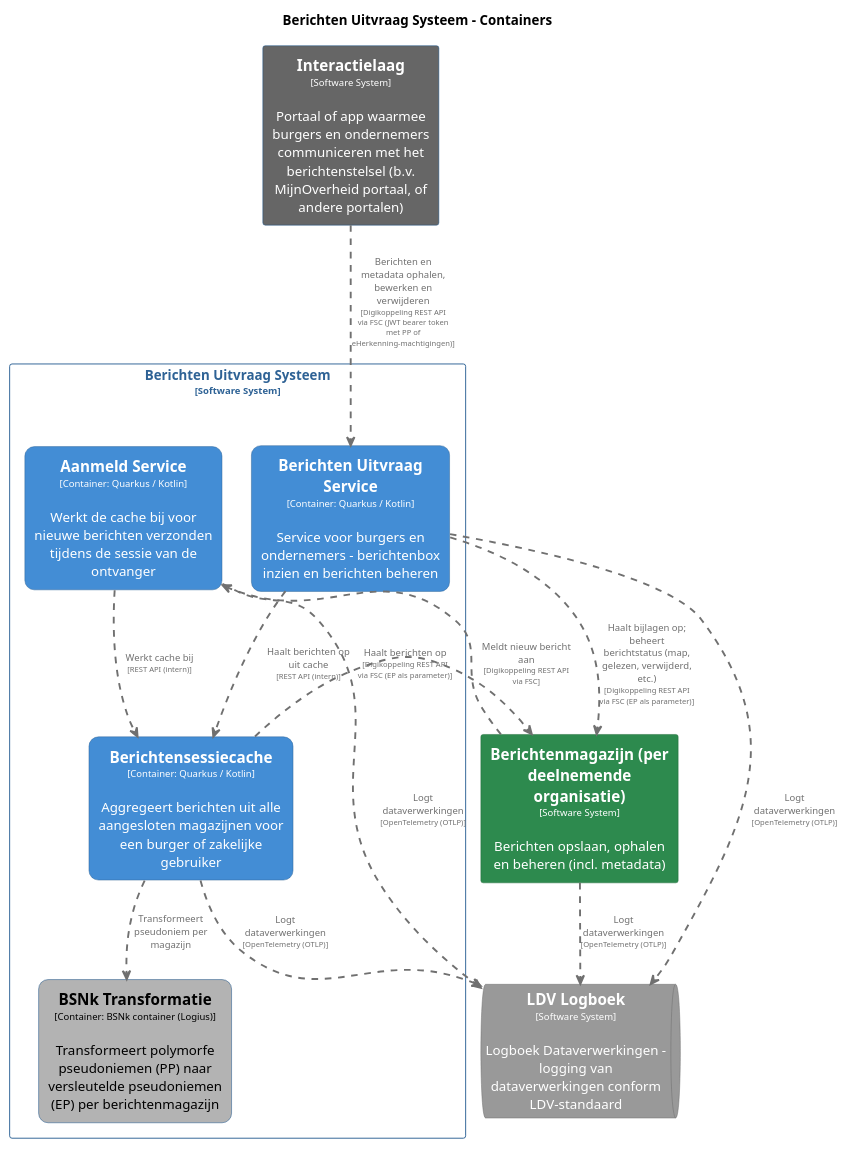
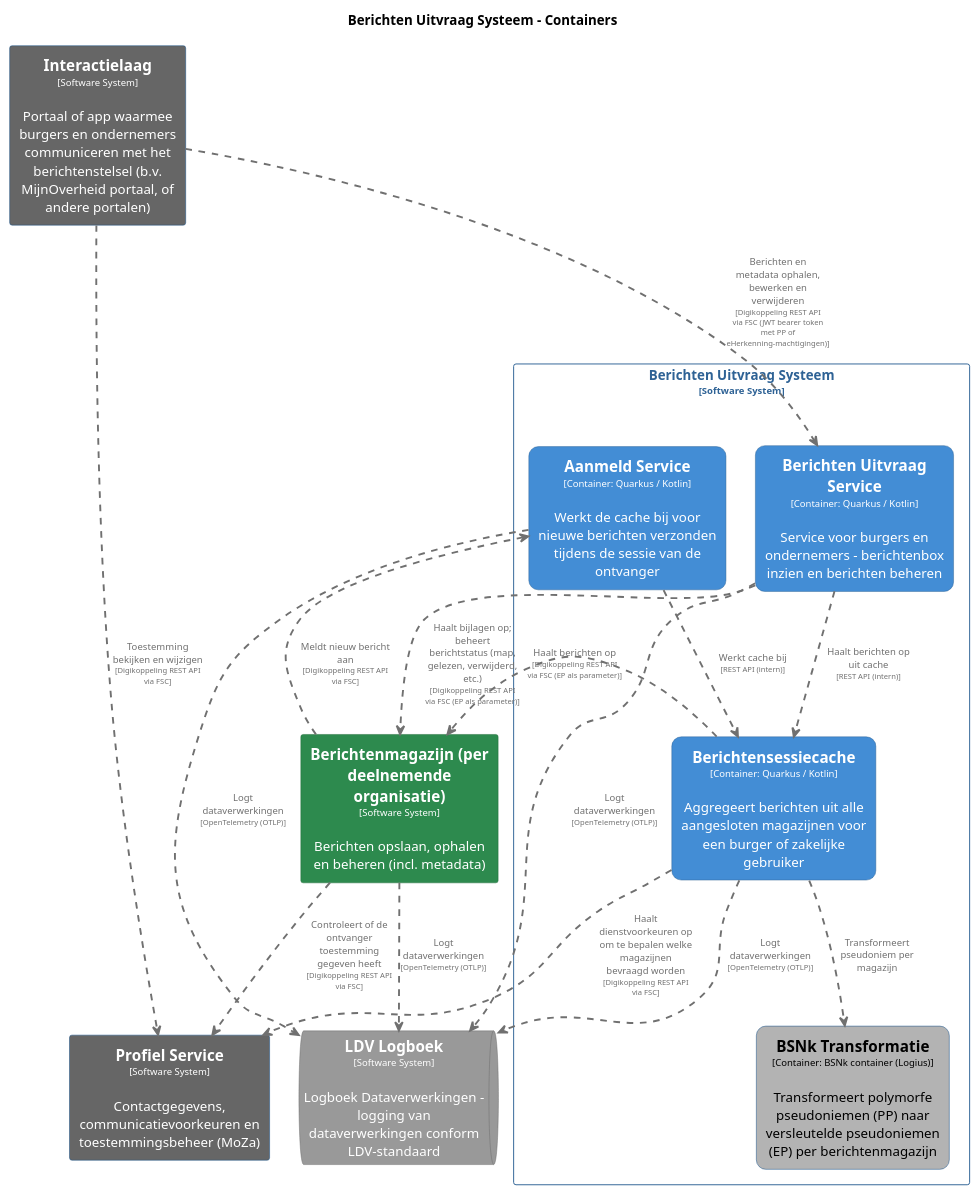
The diagram in pr-preview/pr-22/master/puml/BerichtenUitvraagSysteemContainers.puml (MinBZK/moza-poc-fbs-berichtenbox), drawn with PlantUML before and after one commit. The commit also changed 39 other files, not shown here.

```diff
--- a/pr-preview/pr-22/master/puml/BerichtenUitvraagSysteemContainers.puml
+++ b/pr-preview/pr-22/master/puml/BerichtenUitvraagSysteemContainers.puml
@@ -1,92 +1,102 @@
 @startuml
 set separator none
 title Berichten Uitvraag Systeem - Containers
 
 top to bottom direction
 skinparam ranksep 60
 skinparam nodesep 30
 
 skinparam {
   arrowFontSize 10
   defaultTextAlignment center
   wrapWidth 200
   maxMessageSize 100
 }
 
 hide stereotype
 
 skinparam rectangle<<BerichtenUitvraagSysteem.AanmeldService>> {
   BackgroundColor #438dd5
   FontColor #ffffff
   BorderColor #2e6295
   roundCorner 20
   shadowing false
 }
 skinparam rectangle<<BerichtenUitvraagSysteem.BSNkTransformatie>> {
   BackgroundColor #b3b3b3
   FontColor #000000
   BorderColor #0b4884
   roundCorner 20
   shadowing false
 }
 skinparam rectangle<<BerichtenUitvraagSysteem.BerichtenUitvraagService>> {
   BackgroundColor #438dd5
   FontColor #ffffff
   BorderColor #2e6295
   roundCorner 20
   shadowing false
 }
 skinparam rectangle<<Berichtenmagazijnperdeelnemendeorganisatie>> {
   BackgroundColor #2d8a4e
   FontColor #ffffff
   BorderColor #1e6b38
   shadowing false
 }
 skinparam rectangle<<BerichtenUitvraagSysteem.Berichtensessiecache>> {
   BackgroundColor #438dd5
   FontColor #ffffff
   BorderColor #2e6295
   roundCorner 20
   shadowing false
 }
 skinparam rectangle<<Interactielaag>> {
   BackgroundColor #666666
   FontColor #ffffff
   BorderColor #0b4884
   shadowing false
 }
 skinparam queue<<LDVLogboek>> {
   BackgroundColor #999999
   FontColor #ffffff
   BorderColor #6b6b6b
   shadowing false
 }
+skinparam rectangle<<ProfielService>> {
+  BackgroundColor #666666
+  FontColor #ffffff
+  BorderColor #0b4884
+  shadowing false
+}
 skinparam rectangle<<BerichtenUitvraagSysteem>> {
   BorderColor #2e6295
   FontColor #2e6295
   shadowing false
 }
 
+rectangle "==Profiel Service\n<size:10>[Software System]</size>\n\nContactgegevens, communicatievoorkeuren en toestemmingsbeheer (MoZa)" <<ProfielService>> as ProfielService
 rectangle "==Interactielaag\n<size:10>[Software System]</size>\n\nPortaal of app waarmee burgers en ondernemers communiceren met het berichtenstelsel (b.v. MijnOverheid portaal, of andere portalen)" <<Interactielaag>> as Interactielaag
 rectangle "==Berichtenmagazijn (per deelnemende organisatie)\n<size:10>[Software System]</size>\n\nBerichten opslaan, ophalen en beheren (incl. metadata)" <<Berichtenmagazijnperdeelnemendeorganisatie>> as Berichtenmagazijnperdeelnemendeorganisatie
 queue "==LDV Logboek\n<size:10>[Software System]</size>\n\nLogboek Dataverwerkingen - logging van dataverwerkingen conform LDV-standaard" <<LDVLogboek>> as LDVLogboek
 
 rectangle "Berichten Uitvraag Systeem\n<size:10>[Software System]</size>" <<BerichtenUitvraagSysteem>> {
   rectangle "==Berichtensessiecache\n<size:10>[Container: Quarkus / Kotlin]</size>\n\nAggregeert berichten uit alle aangesloten magazijnen voor een burger of zakelijke gebruiker" <<BerichtenUitvraagSysteem.Berichtensessiecache>> as BerichtenUitvraagSysteem.Berichtensessiecache
   rectangle "==Berichten Uitvraag Service\n<size:10>[Container: Quarkus / Kotlin]</size>\n\nService voor burgers en ondernemers - berichtenbox inzien en berichten beheren" <<BerichtenUitvraagSysteem.BerichtenUitvraagService>> as BerichtenUitvraagSysteem.BerichtenUitvraagService
   rectangle "==BSNk Transformatie\n<size:10>[Container: BSNk container (Logius)]</size>\n\nTransformeert polymorfe pseudoniemen (PP) naar versleutelde pseudoniemen (EP) per berichtenmagazijn" <<BerichtenUitvraagSysteem.BSNkTransformatie>> as BerichtenUitvraagSysteem.BSNkTransformatie
   rectangle "==Aanmeld Service\n<size:10>[Container: Quarkus / Kotlin]</size>\n\nWerkt de cache bij voor nieuwe berichten verzonden tijdens de sessie van de ontvanger" <<BerichtenUitvraagSysteem.AanmeldService>> as BerichtenUitvraagSysteem.AanmeldService
 }
 
 BerichtenUitvraagSysteem.Berichtensessiecache .[#707070,thickness=2].> Berichtenmagazijnperdeelnemendeorganisatie : "<color:#707070>Haalt berichten op\n<color:#707070><size:8>[Digikoppeling REST API via FSC (EP als parameter)]</size>"
 Berichtenmagazijnperdeelnemendeorganisatie .[#707070,thickness=2].> LDVLogboek : "<color:#707070>Logt dataverwerkingen\n<color:#707070><size:8>[OpenTelemetry (OTLP)]</size>"
 BerichtenUitvraagSysteem.Berichtensessiecache .[#707070,thickness=2].> LDVLogboek : "<color:#707070>Logt dataverwerkingen\n<color:#707070><size:8>[OpenTelemetry (OTLP)]</size>"
 BerichtenUitvraagSysteem.BerichtenUitvraagService .[#707070,thickness=2].> LDVLogboek : "<color:#707070>Logt dataverwerkingen\n<color:#707070><size:8>[OpenTelemetry (OTLP)]</size>"
 BerichtenUitvraagSysteem.AanmeldService .[#707070,thickness=2].> LDVLogboek : "<color:#707070>Logt dataverwerkingen\n<color:#707070><size:8>[OpenTelemetry (OTLP)]</size>"
 BerichtenUitvraagSysteem.Berichtensessiecache .[#707070,thickness=2].> BerichtenUitvraagSysteem.BSNkTransformatie : "<color:#707070>Transformeert pseudoniem per magazijn"
 BerichtenUitvraagSysteem.AanmeldService .[#707070,thickness=2].> BerichtenUitvraagSysteem.Berichtensessiecache : "<color:#707070>Werkt cache bij\n<color:#707070><size:8>[REST API (intern)]</size>"
 BerichtenUitvraagSysteem.BerichtenUitvraagService .[#707070,thickness=2].> BerichtenUitvraagSysteem.Berichtensessiecache : "<color:#707070>Haalt berichten op uit cache\n<color:#707070><size:8>[REST API (intern)]</size>"
 Interactielaag .[#707070,thickness=2].> BerichtenUitvraagSysteem.BerichtenUitvraagService : "<color:#707070>Berichten en metadata ophalen, bewerken en verwijderen\n<color:#707070><size:8>[Digikoppeling REST API via FSC (JWT bearer token met PP of eHerkenning-machtigingen)]</size>"
+Interactielaag .[#707070,thickness=2].> ProfielService : "<color:#707070>Toestemming bekijken en wijzigen\n<color:#707070><size:8>[Digikoppeling REST API via FSC]</size>"
 BerichtenUitvraagSysteem.BerichtenUitvraagService .[#707070,thickness=2].> Berichtenmagazijnperdeelnemendeorganisatie : "<color:#707070>Haalt bijlagen op; beheert berichtstatus (map, gelezen, verwijderd, etc.)\n<color:#707070><size:8>[Digikoppeling REST API via FSC (EP als parameter)]</size>"
 Berichtenmagazijnperdeelnemendeorganisatie .[#707070,thickness=2].> BerichtenUitvraagSysteem.AanmeldService : "<color:#707070>Meldt nieuw bericht aan\n<color:#707070><size:8>[Digikoppeling REST API via FSC]</size>"
+Berichtenmagazijnperdeelnemendeorganisatie .[#707070,thickness=2].> ProfielService : "<color:#707070>Controleert of de ontvanger toestemming gegeven heeft\n<color:#707070><size:8>[Digikoppeling REST API via FSC]</size>"
+BerichtenUitvraagSysteem.Berichtensessiecache .[#707070,thickness=2].> ProfielService : "<color:#707070>Haalt dienstvoorkeuren op om te bepalen welke magazijnen bevraagd worden\n<color:#707070><size:8>[Digikoppeling REST API via FSC]</size>"
 @enduml
```
